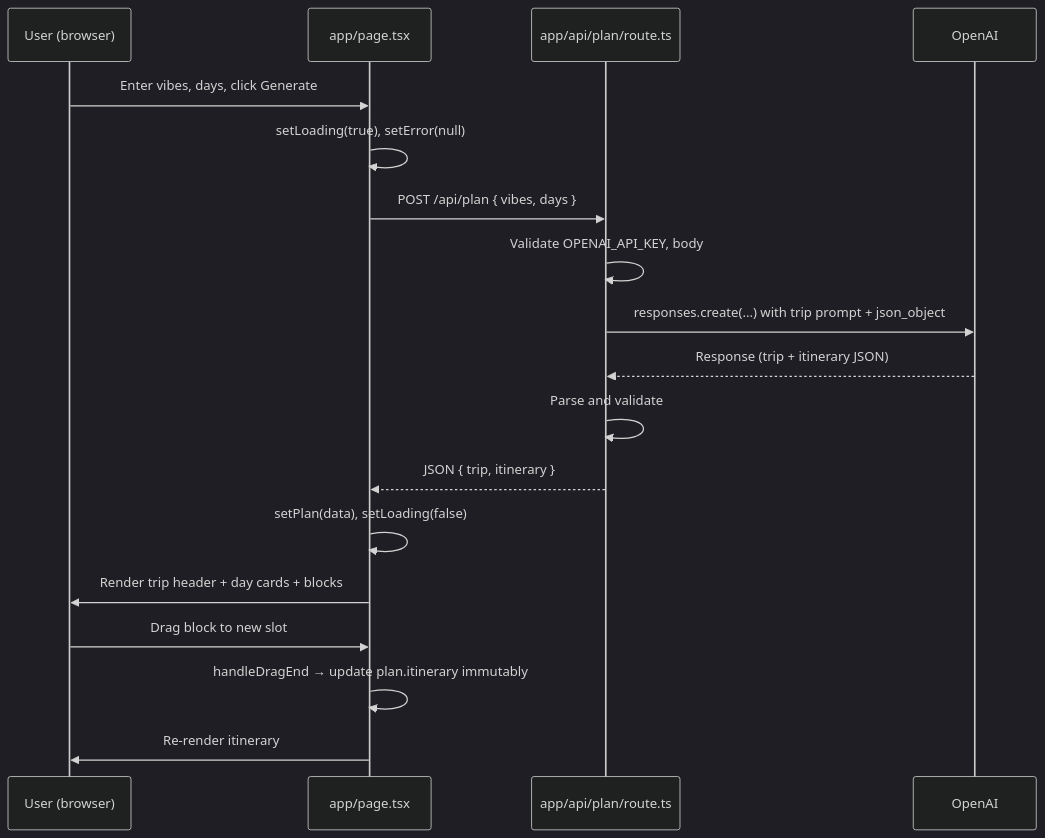
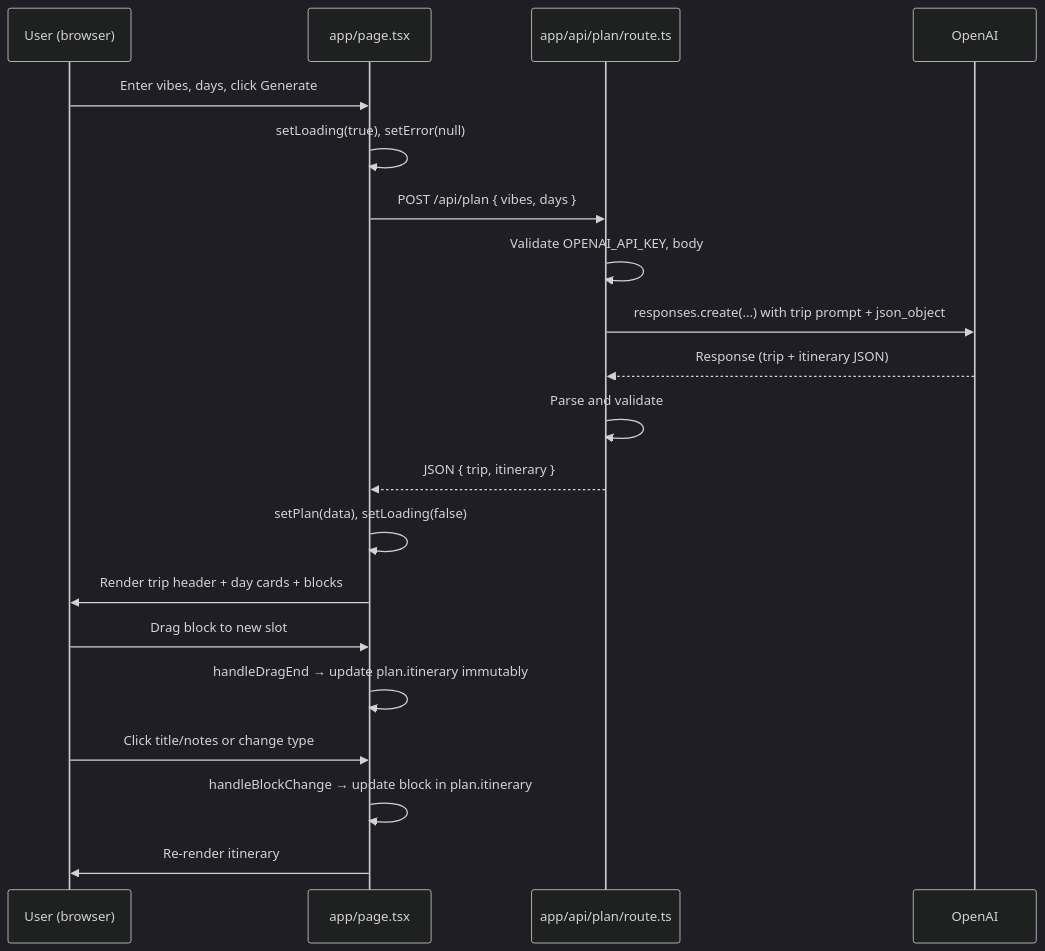
One commit to RaphLed/travel-planner changed the second of 4 diagrams in docs/how-it-works.md. Above: the diagram before and after it, drawn with Mermaid (dark theme). The commit also changed other lines of this file and 3 other files, not shown here.

Commit message:
feat: add editable activity blocks (inline edit title, notes, type)

````diff
--- a/docs/how-it-works.md
+++ b/docs/how-it-works.md
@@ -25,21 +26,23 @@
 ```mermaid
 sequenceDiagram
   participant U as User (browser)
   participant P as app/page.tsx
   participant API as app/api/plan/route.ts
   participant OAI as OpenAI
 
   U->>P: Enter vibes, days, click Generate
   P->>P: setLoading(true), setError(null)
   P->>API: POST /api/plan { vibes, days }
   API->>API: Validate OPENAI_API_KEY, body
   API->>OAI: responses.create(...) with trip prompt + json_object
   OAI-->>API: Response (trip + itinerary JSON)
   API->>API: Parse and validate
   API-->>P: JSON { trip, itinerary }
   P->>P: setPlan(data), setLoading(false)
   P->>U: Render trip header + day cards + blocks
   U->>P: Drag block to new slot
   P->>P: handleDragEnd → update plan.itinerary immutably
+  U->>P: Click title/notes or change type
+  P->>P: handleBlockChange → update block in plan.itinerary
   P->>U: Re-render itinerary
 ```
````
